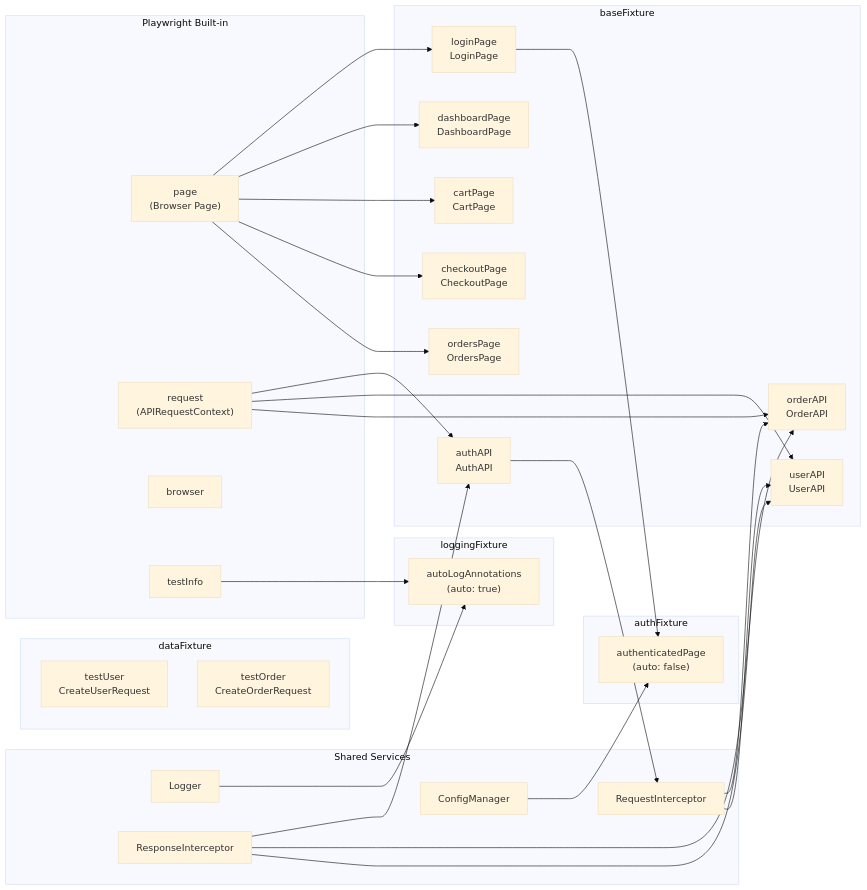
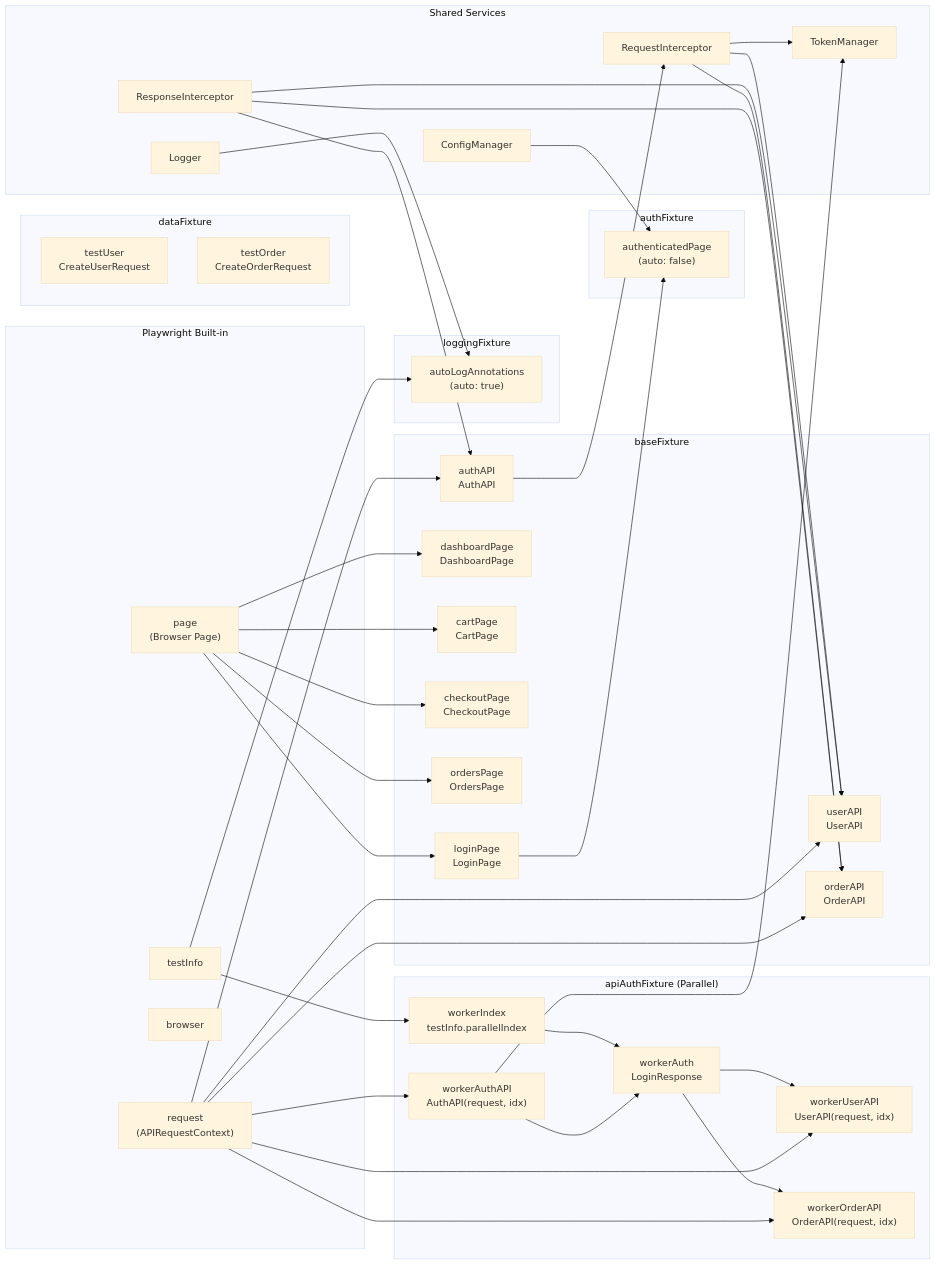
The eighth of 14 diagrams in playwright-framework/Framework-Architecture.md (MahmoudSDET/Playwright-UI-API), drawn with Mermaid (base theme) before and after one commit. The commit also changed other lines of this file and 13 other files, not shown here.

````diff
--- a/playwright-framework/Framework-Architecture.md
+++ b/playwright-framework/Framework-Architecture.md
@@ -423,62 +640,82 @@
 ```mermaid
 flowchart LR
     subgraph Playwright["Playwright Built-in"]
         page["page\n(Browser Page)"]
         request["request\n(APIRequestContext)"]
         browser["browser"]
         testInfo["testInfo"]
     end
 
     subgraph Base["baseFixture"]
         loginPage["loginPage\nLoginPage"]
         dashboardPage["dashboardPage\nDashboardPage"]
         cartPage["cartPage\nCartPage"]
         checkoutPage["checkoutPage\nCheckoutPage"]
         ordersPage["ordersPage\nOrdersPage"]
         authAPI["authAPI\nAuthAPI"]
         userAPI["userAPI\nUserAPI"]
         orderAPI["orderAPI\nOrderAPI"]
     end
 
     subgraph Auth["authFixture"]
         authenticatedPage["authenticatedPage\n(auto: false)"]
     end
 
+    subgraph ApiAuth["apiAuthFixture (Parallel)"]
+        workerIndex["workerIndex\ntestInfo.parallelIndex"]
+        workerAuth["workerAuth\nLoginResponse"]
+        workerAuthAPI["workerAuthAPI\nAuthAPI(request, idx)"]
+        workerUserAPI["workerUserAPI\nUserAPI(request, idx)"]
+        workerOrderAPI["workerOrderAPI\nOrderAPI(request, idx)"]
+    end
+
     subgraph Data["dataFixture"]
         testUser["testUser\nCreateUserRequest"]
         testOrder["testOrder\nCreateOrderRequest"]
     end
 
     subgraph Logging["loggingFixture"]
         autoLog["autoLogAnnotations\n(auto: true)"]
     end
 
     subgraph Singletons["Shared Services"]
         logger["Logger"]
         config["ConfigManager"]
         reqInterceptor["RequestInterceptor"]
         resInterceptor["ResponseInterceptor"]
+        tokenMgr["TokenManager"]
     end
 
     page --> loginPage
     page --> dashboardPage
     page --> cartPage
     page --> checkoutPage
     page --> ordersPage
     request --> authAPI
     request --> userAPI
     request --> orderAPI
 
     loginPage --> authenticatedPage
     config --> authenticatedPage
 
+    testInfo --> workerIndex
+    request --> workerAuthAPI
+    workerIndex --> workerAuth
+    workerAuthAPI --> workerAuth
+    workerAuth --> workerUserAPI
+    workerAuth --> workerOrderAPI
+    request --> workerUserAPI
+    request --> workerOrderAPI
+
     testInfo --> autoLog
     logger --> autoLog
 
     authAPI --> reqInterceptor
     reqInterceptor --> orderAPI
     reqInterceptor --> userAPI
     resInterceptor --> authAPI
     resInterceptor --> orderAPI
     resInterceptor --> userAPI
+    reqInterceptor --> tokenMgr
+    workerAuthAPI --> tokenMgr
 ```
````
